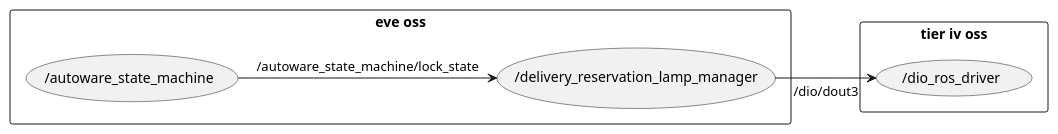
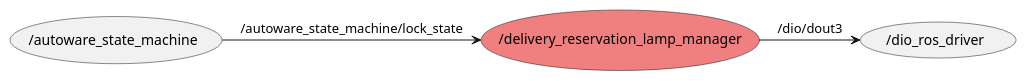
Before and after one commit to eve-autonomy/delivery_reservation_lamp_manager: the diagram in docs/node_graph.pu, drawn with PlantUML. The commit also changed 1 other file, not shown here.

```diff
--- a/docs/node_graph.pu
+++ b/docs/node_graph.pu
@@ -1,15 +1,11 @@
 @startuml
 
-rectangle "eve oss" {
-  usecase "/autoware_state_machine"
-  usecase "/delivery_reservation_lamp_manager"
-}
+usecase "/autoware_state_machine"
+usecase "/delivery_reservation_lamp_manager" #LightCoral
+usecase "/dio_ros_driver"
 
-rectangle "tier iv oss" {
-  usecase "/dio_ros_driver"
-}
 (/autoware_state_machine) -> (/delivery_reservation_lamp_manager) : /autoware_state_machine/lock_state
 
 (/delivery_reservation_lamp_manager) -> (/dio_ros_driver) : /dio/dout3
 
 @enduml
```
